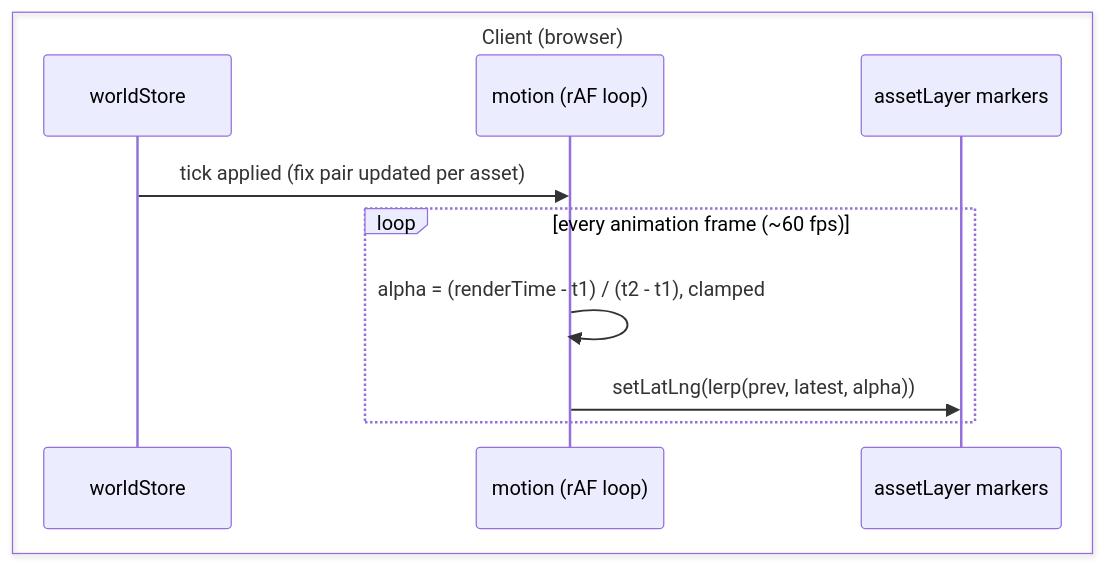
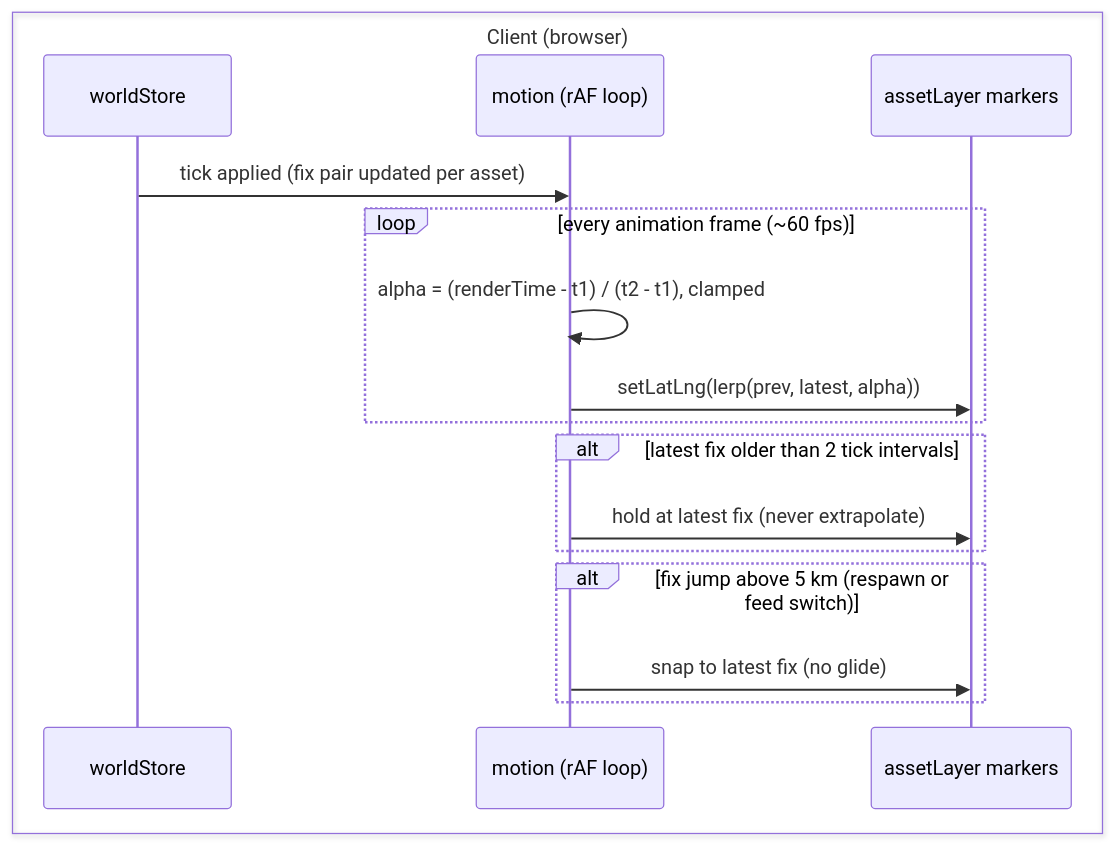
The diagram in docs/stories/S3-motion.md (ayfor/sentinel), drawn with Mermaid before and after one commit. The commit also changed other lines of this file and 4 other files, not shown here.

````diff
--- a/docs/stories/S3-motion.md
+++ b/docs/stories/S3-motion.md
@@ -36,13 +36,19 @@
 ```mermaid
 sequenceDiagram
     box Client (browser)
         participant STORE as worldStore
         participant MOTION as motion (rAF loop)
         participant LAYER as assetLayer markers
     end
     STORE->>MOTION: tick applied (fix pair updated per asset)
     loop every animation frame (~60 fps)
         MOTION->>MOTION: alpha = (renderTime - t1) / (t2 - t1), clamped
         MOTION->>LAYER: setLatLng(lerp(prev, latest, alpha))
     end
+    alt latest fix older than 2 tick intervals
+        MOTION->>LAYER: hold at latest fix (never extrapolate)
+    end
+    alt fix jump above 5 km (respawn or feed switch)
+        MOTION->>LAYER: snap to latest fix (no glide)
+    end
 ```
````
